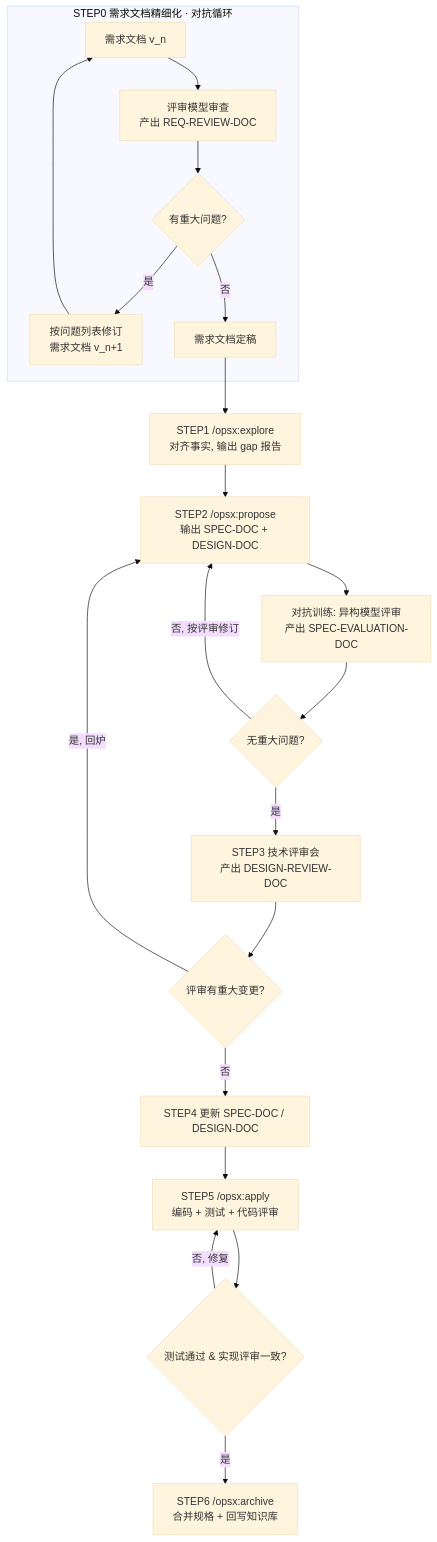
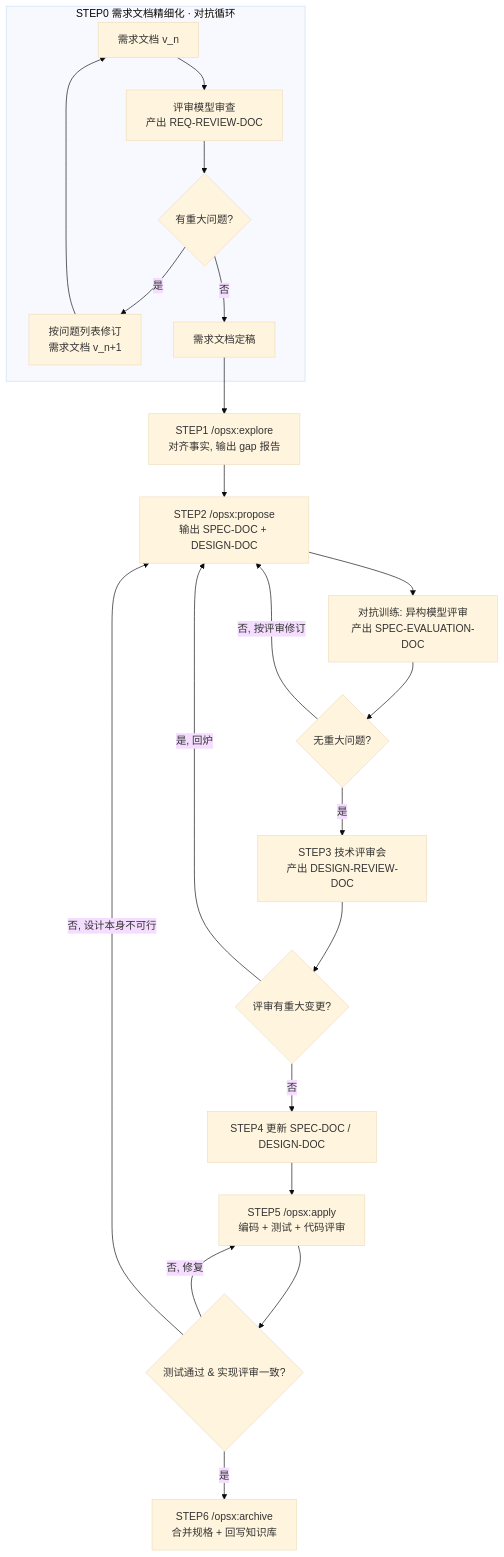
One commit to Apriorhythm/apriori-spec-development changed the first of 2 diagrams in README_cn.md. Above: the diagram before and after it, drawn with Mermaid (base theme). The commit also changed other lines of this file and 1 other file, not shown here.

````diff
--- a/README_cn.md
+++ b/README_cn.md
@@ -295,26 +314,27 @@
 ```mermaid
 graph TD
     subgraph S0[STEP0 需求文档精细化 · 对抗循环]
         A1[需求文档 v_n] --> A2[评审模型审查<br/>产出 REQ-REVIEW-DOC]
         A2 --> A3{有重大问题?}
         A3 -- 是 --> A4[按问题列表修订<br/>需求文档 v_n+1]
         A4 --> A1
         A3 -- 否 --> A5[需求文档定稿]
     end
 
     A5 --> B[STEP1 /opsx:explore<br/>对齐事实, 输出 gap 报告]
     B --> C[STEP2 /opsx:propose<br/>输出 SPEC-DOC + DESIGN-DOC]
 
     C --> D[对抗训练: 异构模型评审<br/>产出 SPEC-EVALUATION-DOC]
     D --> D2{无重大问题?}
     D2 -- 否, 按评审修订 --> C
 
     D2 -- 是 --> E[STEP3 技术评审会<br/>产出 DESIGN-REVIEW-DOC]
     E --> F{评审有重大变更?}
     F -- 是, 回炉 --> C
     F -- 否 --> G[STEP4 更新 SPEC-DOC / DESIGN-DOC]
     G --> H[STEP5 /opsx:apply<br/>编码 + 测试 + 代码评审]
     H --> H2{测试通过 & 实现评审一致?}
     H2 -- 否, 修复 --> H
+    H2 -- 否, 设计本身不可行 --> C
     H2 -- 是 --> I[STEP6 /opsx:archive<br/>合并规格 + 回写知识库]
 ```
````
